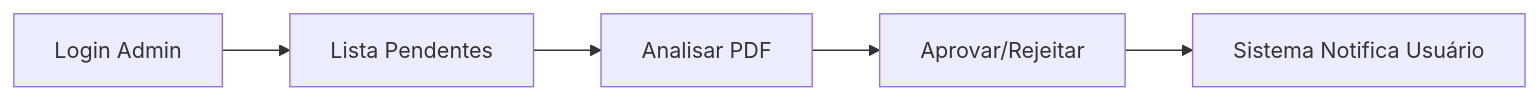
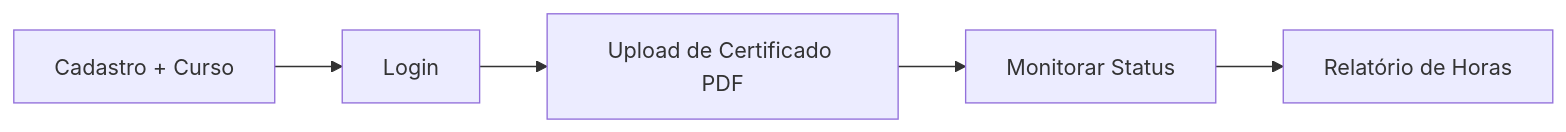
One commit to Iarafarias/Next-Event changed the first of 4 diagrams in README.md. Above: the diagram before and after it, drawn with Mermaid. The commit also changed other lines of this file and 3 other files, not shown here.

````diff
--- a/README.md
+++ b/README.md
@@ -302,7 +170,7 @@
 ```mermaid
 graph LR
-    A[Login Admin] --> B[Lista Pendentes]
-    B --> C[Analisar PDF]
-    C --> D[Aprovar/Rejeitar]  
-    D --> E[Sistema Notifica Usuário]
+    A["Cadastro + Curso"] --> B["Login"]
+    B --> C["Upload de Certificado PDF"]
+    C --> D["Monitorar Status"]
+    D --> E["Relatório de Horas"]
 ```
````
